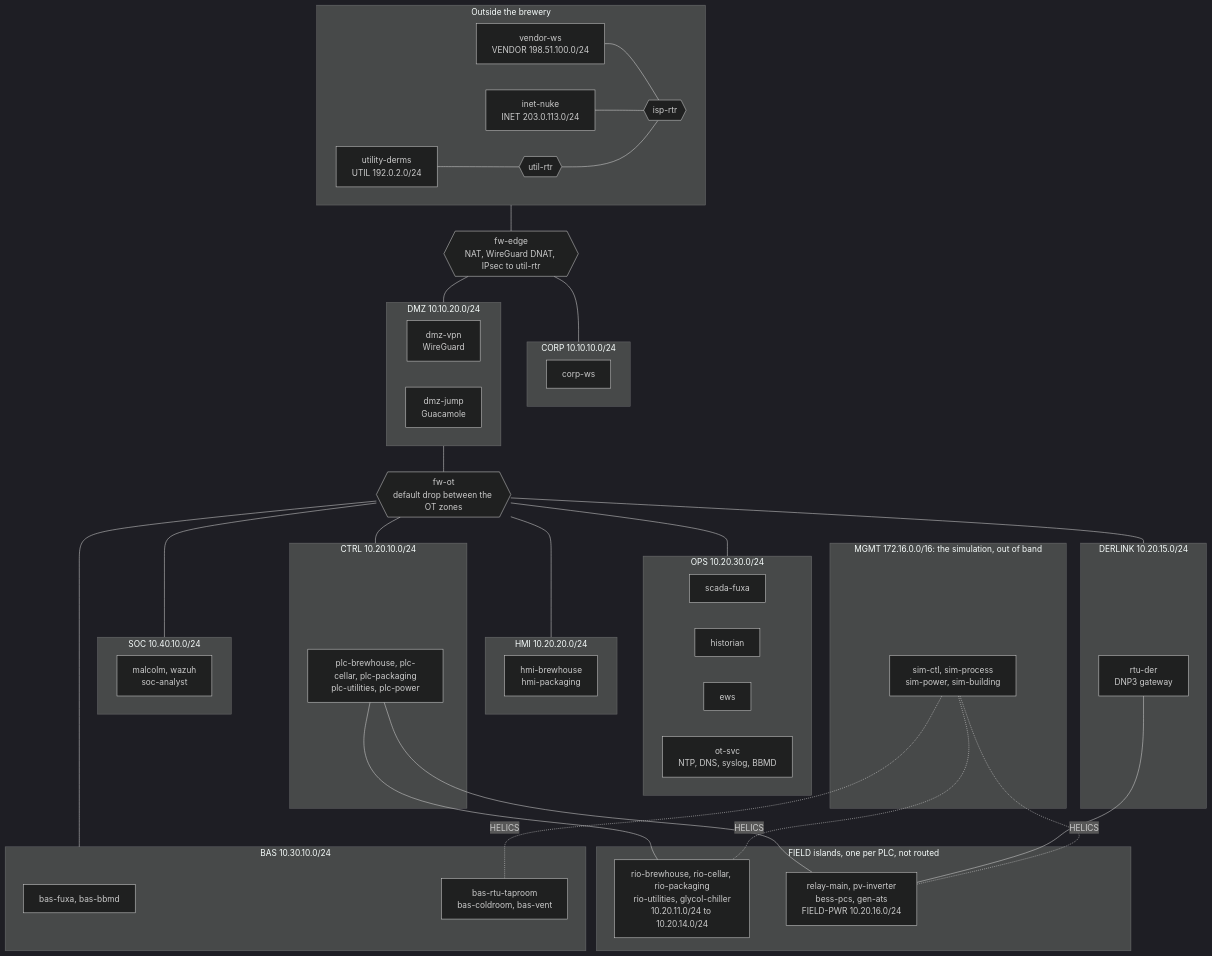
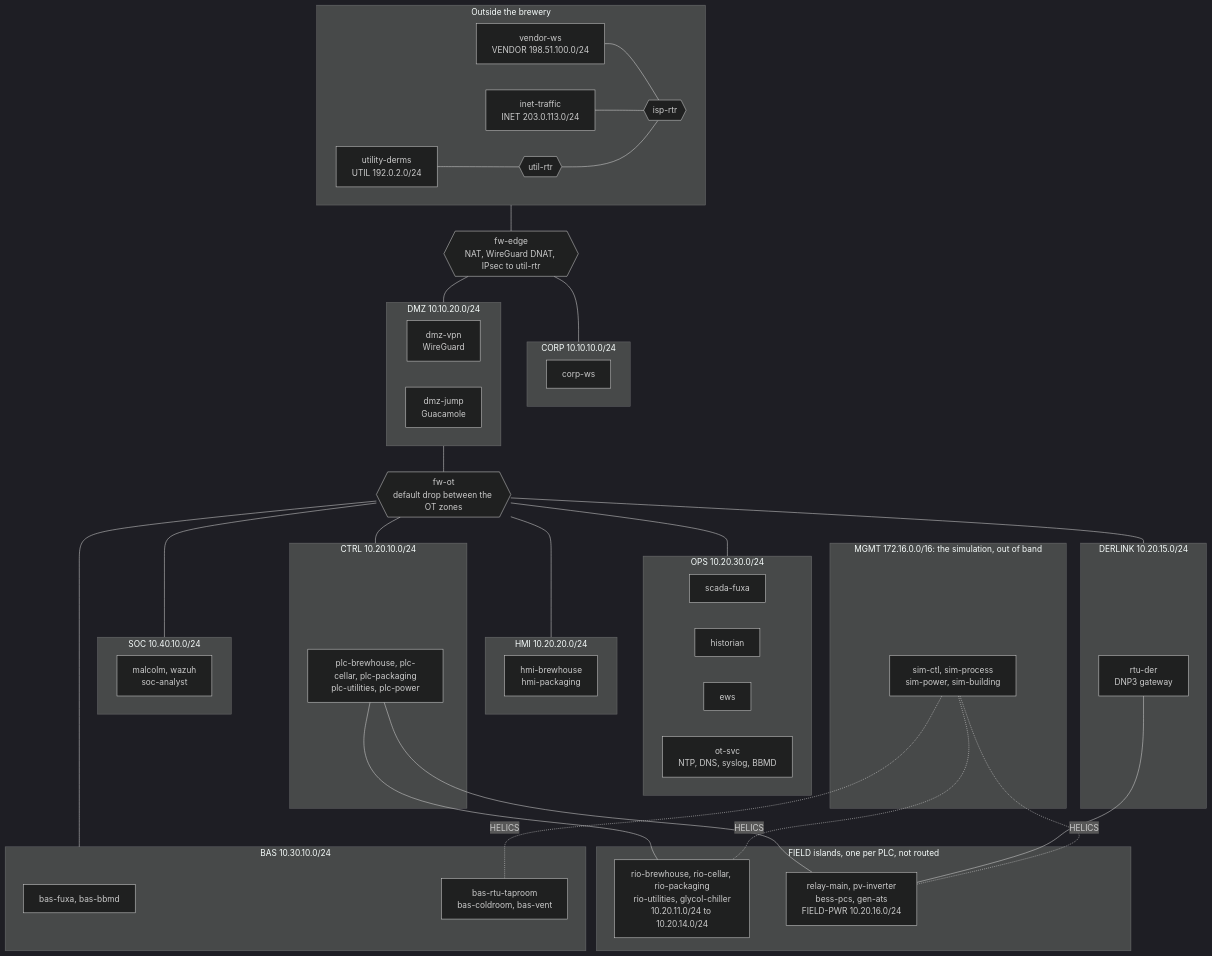
The first of 13 diagrams in README.md (GhostofGoes/brew), drawn with Mermaid (dark theme) before and after one commit. The commit also changed other lines of this file and 19 other files, not shown here.

First line of the commit message:
refactor(cherrymountain): rename inet-nuke to inet-traffic

````diff
--- a/README.md
+++ b/README.md
@@ -7,69 +7,69 @@
 ```mermaid
 flowchart TB
   subgraph EXT["Outside the brewery"]
     direction LR
     VWS["vendor-ws<br/>VENDOR 198.51.100.0/24"]
-    NUKE["inet-nuke<br/>INET 203.0.113.0/24"]
+    TRAFFIC["inet-traffic<br/>INET 203.0.113.0/24"]
     DERMS["utility-derms<br/>UTIL 192.0.2.0/24"]
     ISP{{"isp-rtr"}}
     URTR{{"util-rtr"}}
   end
   FWEDGE{{"fw-edge<br/>NAT, WireGuard DNAT, IPsec to util-rtr"}}
   subgraph CORP["CORP 10.10.10.0/24"]
     CWS["corp-ws"]
   end
   subgraph DMZ["DMZ 10.10.20.0/24"]
     VPN["dmz-vpn<br/>WireGuard"]
     JUMP["dmz-jump<br/>Guacamole"]
   end
   FWOT{{"fw-ot<br/>default drop between the OT zones"}}
   subgraph OPS["OPS 10.20.30.0/24"]
     FUXA["scada-fuxa"]
     HIST["historian"]
     EWS["ews"]
     SVC["ot-svc<br/>NTP, DNS, syslog, BBMD"]
   end
   subgraph HMI["HMI 10.20.20.0/24"]
     HMIS["hmi-brewhouse<br/>hmi-packaging"]
   end
   subgraph CTRL["CTRL 10.20.10.0/24"]
     PLCS["plc-brewhouse, plc-cellar, plc-packaging<br/>plc-utilities, plc-power"]
   end
   subgraph FIELD["FIELD islands, one per PLC, not routed"]
     RIOS["rio-brewhouse, rio-cellar, rio-packaging<br/>rio-utilities, glycol-chiller<br/>10.20.11.0/24 to 10.20.14.0/24"]
     PDEVS["relay-main, pv-inverter<br/>bess-pcs, gen-ats<br/>FIELD-PWR 10.20.16.0/24"]
   end
   subgraph DERLINK["DERLINK 10.20.15.0/24"]
     RTU["rtu-der<br/>DNP3 gateway"]
   end
   subgraph BAS["BAS 10.30.10.0/24"]
     BFX["bas-fuxa, bas-bbmd"]
     BASD["bas-rtu-taproom<br/>bas-coldroom, bas-vent"]
   end
   subgraph SOC["SOC 10.40.10.0/24"]
     SOCH["malcolm, wazuh<br/>soc-analyst"]
   end
   subgraph MGMT["MGMT 172.16.0.0/16: the simulation, out of band"]
     SIM["sim-ctl, sim-process<br/>sim-power, sim-building"]
   end
   VWS --- ISP
-  NUKE --- ISP
+  TRAFFIC --- ISP
   DERMS --- URTR
   URTR --- ISP
   ISP --- FWEDGE
   FWEDGE --- CORP
   FWEDGE --- DMZ
   DMZ --- FWOT
   FWOT --- OPS
   FWOT --- HMI
   FWOT --- CTRL
   FWOT --- DERLINK
   FWOT --- BAS
   FWOT --- SOC
   PLCS --- RIOS
   PLCS --- PDEVS
   RTU --- PDEVS
   SIM -. "HELICS" .- RIOS
   SIM -. "HELICS" .- PDEVS
   SIM -. "HELICS" .- BASD
 ```
````
